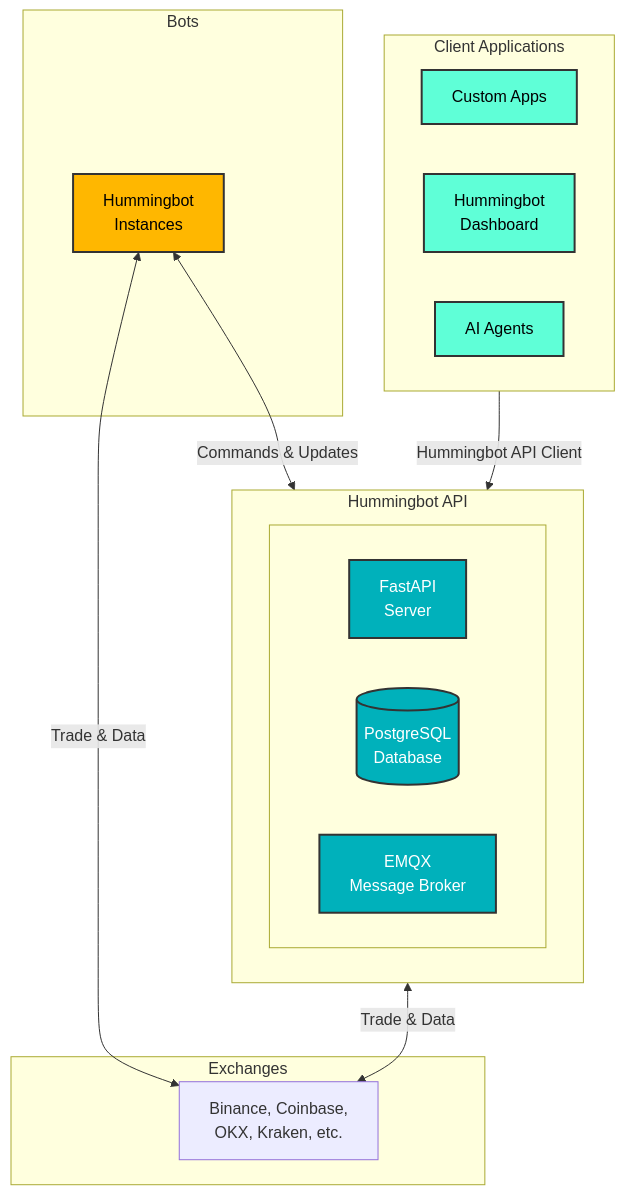
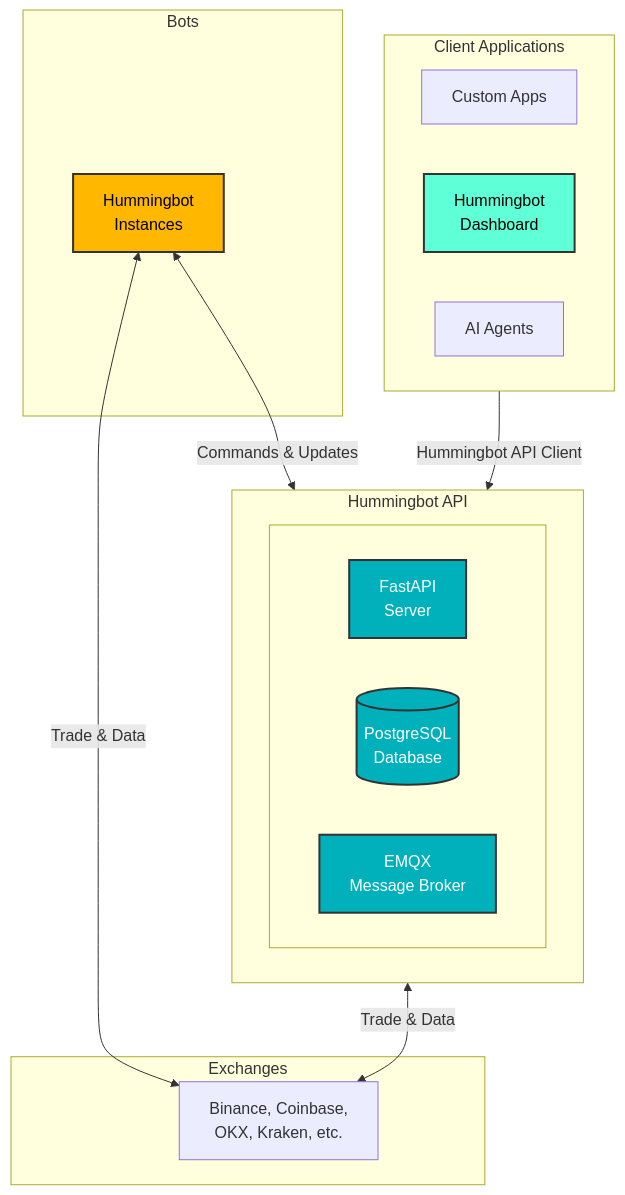
One commit to hummingbot/hummingbot-site changed the diagram in docs/hummingbot-api/index.md. Above: the diagram before and after it, drawn with Mermaid. The commit also changed other lines of this file and 4 other files, not shown here.

````diff
--- a/docs/hummingbot-api/index.md
+++ b/docs/hummingbot-api/index.md
@@ -32,46 +32,46 @@
 ```mermaid
 graph TB
     subgraph "Client Applications"
         direction LR
         CUSTOM[Custom Apps]
         DASH[Hummingbot<br/>Dashboard]
         AI[AI Agents]
     end
     
     subgraph "Hummingbot API"
         direction LR
         subgraph " "
             direction LR
             API["FastAPI<br/>Server<br/>"]
             PG[(PostgreSQL<br/>Database)]
             MQTT[EMQX<br/>Message Broker]
         end
     end
     
     subgraph "Bots"
         BOTS[Hummingbot<br/>Instances]
     end
     
     subgraph "Exchanges"
         EX[Binance, Coinbase,<br/>OKX, Kraken, etc.]
     end
     
     %% Client connections using API Client
     DASH -->|Hummingbot API Client| API
         
     %% Bot connections
     BOTS <-->|Commands & Updates| MQTT
     
     %% Exchange connections
     BOTS <-->|Trade & Data| EX
     MQTT <-->|Trade & Data| EX
     
     %% Apply theme colors
     classDef clientStyle fill:#5FFFD7,stroke:#333,stroke-width:2px,color:#000
     classDef apiStyle fill:#00B1BB,stroke:#333,stroke-width:2px,color:#fff
     classDef botsStyle fill:#FFB700,stroke:#333,stroke-width:2px,color:#000
     
-    class DASH,CUSTOM,AI clientStyle
+    class DASH clientStyle
     class API,PG,MQTT apiStyle
     class BOTS botsStyle
 ```
````
